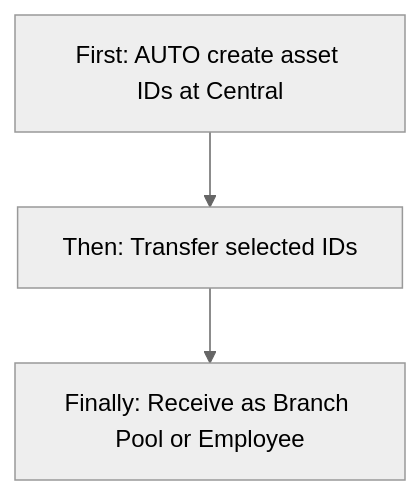
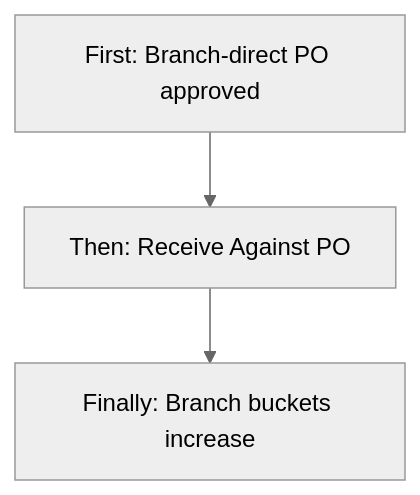
Before and after one commit to Aurifex-Innovations/ERP_docs: the third of 9 diagrams in v0_final_docs/stock-management.md, drawn with Mermaid (neutral theme). The commit also changed other lines of this file, not shown here.

````diff
--- a/v0_final_docs/stock-management.md
+++ b/v0_final_docs/stock-management.md
@@ -539,5 +198,5 @@
 ```mermaid
 flowchart TD
-  autoIds["First: AUTO create asset IDs at Central"] --> ship["Then: Transfer selected IDs"]
-  ship --> recv["Finally: Receive as Branch Pool or Employee"]
+  bdApproved["First: Branch-direct PO approved"] --> branchGrn["Then: Receive Against PO"]
+  branchGrn --> branchLedger["Finally: Branch buckets increase"]
 ```
````
